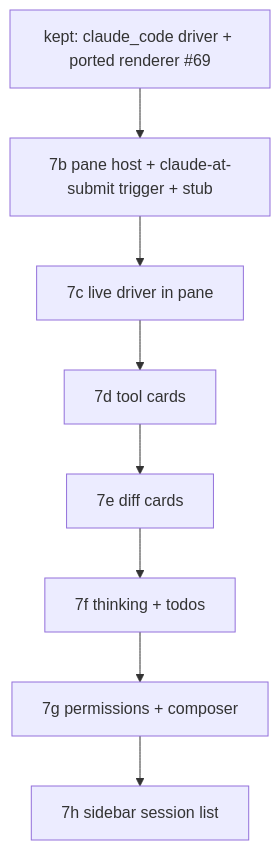
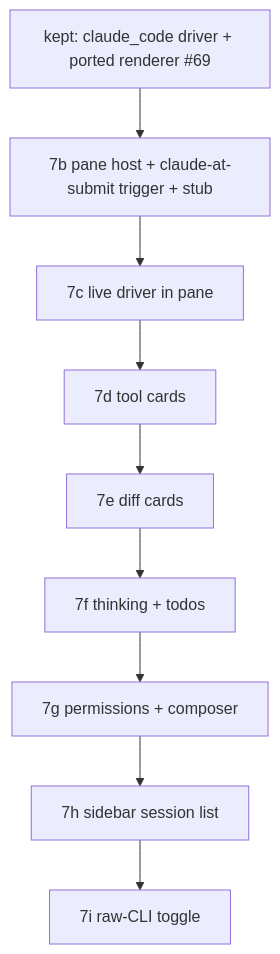
Before and after one commit to timomak/twarp: the diagram in roadmap/07-claude-code-panel/TECH.md, drawn with Mermaid. The commit also changed other lines of this file and 2 other files, not shown here.

````diff
--- a/roadmap/07-claude-code-panel/TECH.md
+++ b/roadmap/07-claude-code-panel/TECH.md
@@ -143,6 +155,6 @@
 ```mermaid
 graph TD
   A[kept: claude_code driver + ported renderer #69] --> B[7b pane host + claude-at-submit trigger + stub]
   B --> C[7c live driver in pane]
-  C --> D[7d tool cards] --> E[7e diff cards] --> F[7f thinking + todos] --> G[7g permissions + composer] --> H[7h sidebar session list]
+  C --> D[7d tool cards] --> E[7e diff cards] --> F[7f thinking + todos] --> G[7g permissions + composer] --> H[7h sidebar session list] --> I[7i raw-CLI toggle]
 ```
````
